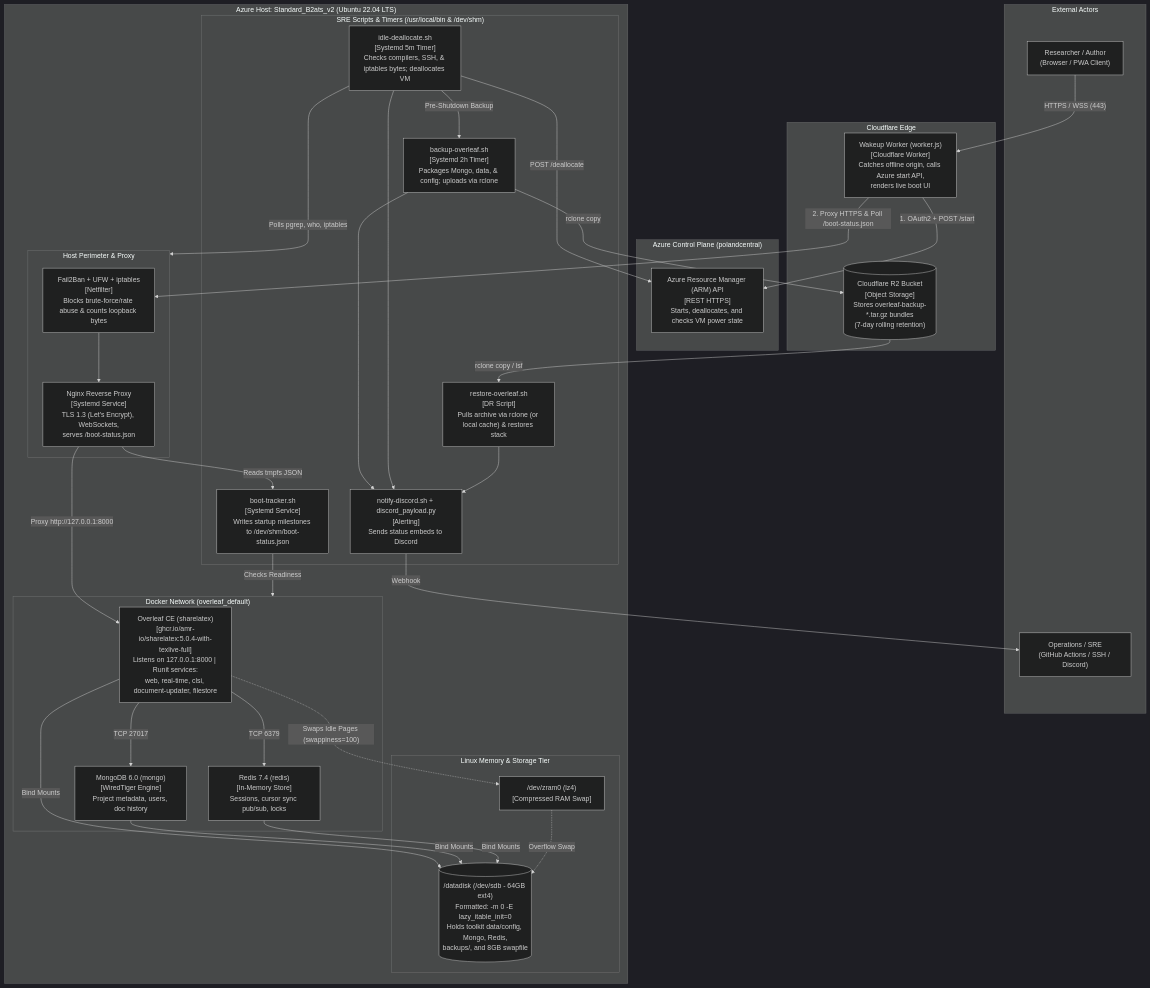
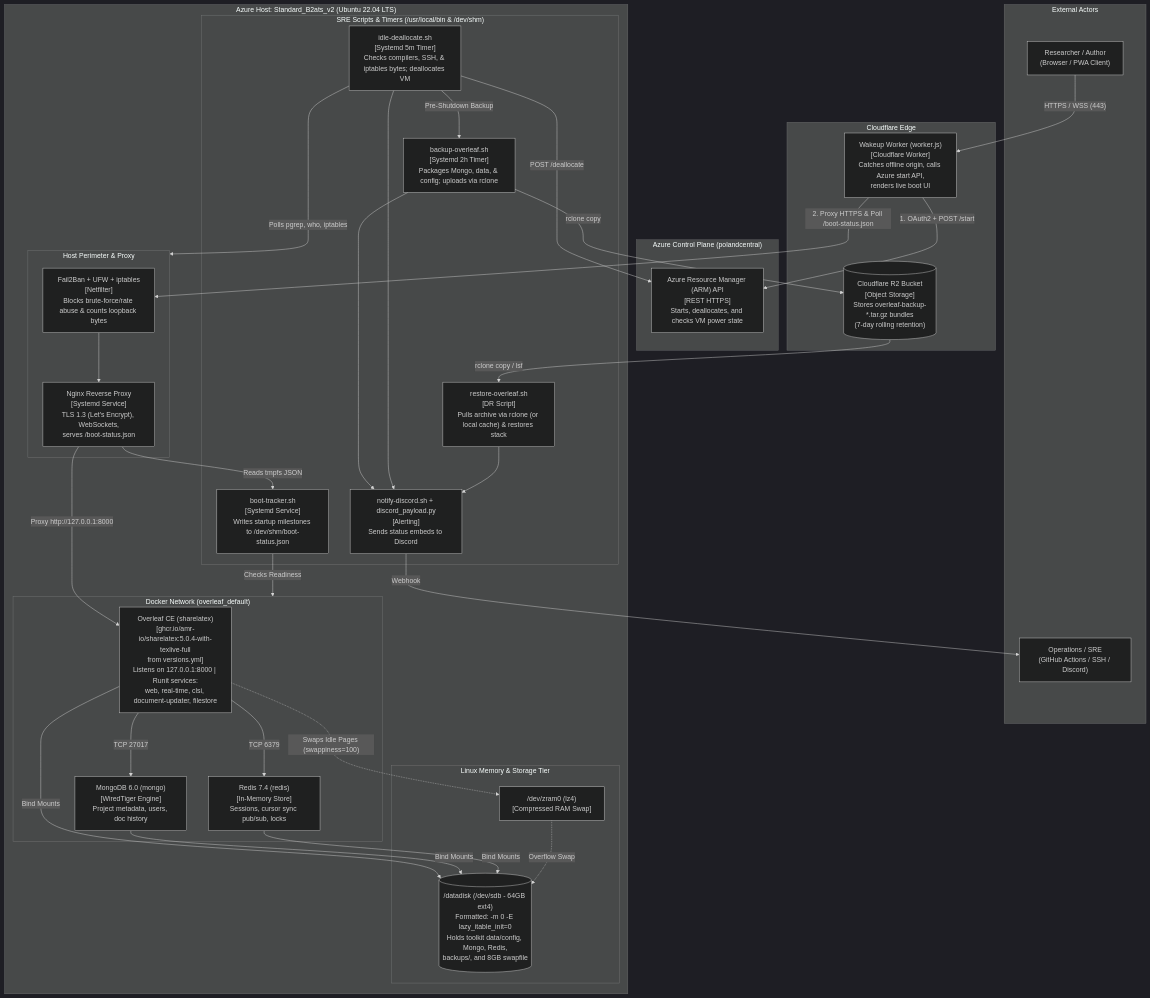
The first of 5 diagrams in docs/ARCHITECTURE.md (amr-io/mcleaf), drawn with Mermaid (dark theme) before and after one commit. The commit also changed other lines of this file and 3 other files, not shown here.

````diff
--- a/docs/ARCHITECTURE.md
+++ b/docs/ARCHITECTURE.md
@@ -20,62 +22,62 @@
 ```mermaid
 flowchart TB
     subgraph Users["External Actors"]
         Researcher["Researcher / Author<br/>(Browser / PWA Client)"]
         SRE["Operations / SRE<br/>(GitHub Actions / SSH / Discord)"]
     end
 
     subgraph Cloudflare["Cloudflare Edge"]
         Worker["Wakeup Worker (worker.js)<br/>[Cloudflare Worker]<br/>Catches offline origin, calls Azure start API,<br/>renders live boot UI"]
         R2[("Cloudflare R2 Bucket<br/>[Object Storage]<br/>Stores overleaf-backup-*.tar.gz bundles<br/>(7-day rolling retention)")]
     end
 
     subgraph AzureControl["Azure Control Plane (polandcentral)"]
         ARM["Azure Resource Manager (ARM) API<br/>[REST HTTPS]<br/>Starts, deallocates, and checks VM power state"]
     end
 
     subgraph AzureVM["Azure Host: Standard_B2ats_v2 (Ubuntu 22.04 LTS)"]
         subgraph HostEdge["Host Perimeter & Proxy"]
             Fail2Ban["Fail2Ban + UFW + iptables<br/>[Netfilter]<br/>Blocks brute-force/rate abuse & counts loopback bytes"]
             Nginx["Nginx Reverse Proxy<br/>[Systemd Service]<br/>TLS 1.3 (Let's Encrypt), WebSockets,<br/>serves /boot-status.json"]
         end
 
         subgraph SREPlane["SRE Scripts & Timers (/usr/local/bin & /dev/shm)"]
             BootTracker["boot-tracker.sh<br/>[Systemd Service]<br/>Writes startup milestones to /dev/shm/boot-status.json"]
             IdleCheck["idle-deallocate.sh<br/>[Systemd 5m Timer]<br/>Checks compilers, SSH, & iptables bytes; deallocates VM"]
             BackupSvc["backup-overleaf.sh<br/>[Systemd 2h Timer]<br/>Packages Mongo, data, & config; uploads via rclone"]
             RestoreSvc["restore-overleaf.sh<br/>[DR Script]<br/>Pulls archive via rclone (or local cache) & restores stack"]
             Notifier["notify-discord.sh + discord_payload.py<br/>[Alerting]<br/>Sends status embeds to Discord"]
         end
 
         subgraph DockerNet["Docker Network (overleaf_default)"]
-            Sharelatex["Overleaf CE (sharelatex)<br/>[ghcr.io/amr-io/sharelatex:5.0.4-with-texlive-full]<br/>Listens on 127.0.0.1:8000 | Runit services:<br/>web, real-time, clsi, document-updater, filestore"]
+            Sharelatex["Overleaf CE (sharelatex)<br/>[ghcr.io/amr-io/sharelatex:5.0.4-with-texlive-full<br/>from versions.yml]<br/>Listens on 127.0.0.1:8000 | Runit services:<br/>web, real-time, clsi, document-updater, filestore"]
             Mongo["MongoDB 6.0 (mongo)<br/>[WiredTiger Engine]<br/>Project metadata, users, doc history"]
             Redis["Redis 7.4 (redis)<br/>[In-Memory Store]<br/>Sessions, cursor sync pub/sub, locks"]
         end
 
         subgraph KernelStorage["Linux Memory & Storage Tier"]
             Zram["/dev/zram0 (lz4)<br/>[Compressed RAM Swap]"]
             DataDisk[("/datadisk (/dev/sdb - 64GB ext4)<br/>Formatted: -m 0 -E lazy_itable_init=0<br/>Holds toolkit data/config, Mongo, Redis,<br/>backups/, and 8GB swapfile")]
         end
     end
 
     Researcher -- "HTTPS / WSS (443)" --> Worker
     Worker -- "1. OAuth2 + POST /start" --> ARM
     Worker -- "2. Proxy HTTPS & Poll /boot-status.json" --> Fail2Ban
     Fail2Ban --> Nginx
     Nginx -- "Reads tmpfs JSON" --> BootTracker
     Nginx -- "Proxy http://127.0.0.1:8000" --> Sharelatex
     Sharelatex -- "TCP 27017" --> Mongo
     Sharelatex -- "TCP 6379" --> Redis
     Sharelatex & Mongo & Redis -- "Bind Mounts" --> DataDisk
     Sharelatex -. "Swaps Idle Pages (swappiness=100)" .-> Zram
     Zram -. "Overflow Swap" .-> DataDisk
     BootTracker -- "Checks Readiness" --> DockerNet
     IdleCheck -- "Polls pgrep, who, iptables" --> HostEdge
     IdleCheck -- "Pre-Shutdown Backup" --> BackupSvc
     IdleCheck -- "POST /deallocate" --> ARM
     BackupSvc -- "rclone copy" --> R2
     R2 -- "rclone copy / lsf" --> RestoreSvc
     BackupSvc & IdleCheck & RestoreSvc --> Notifier
     Notifier -- "Webhook" --> SRE
 ```
````
